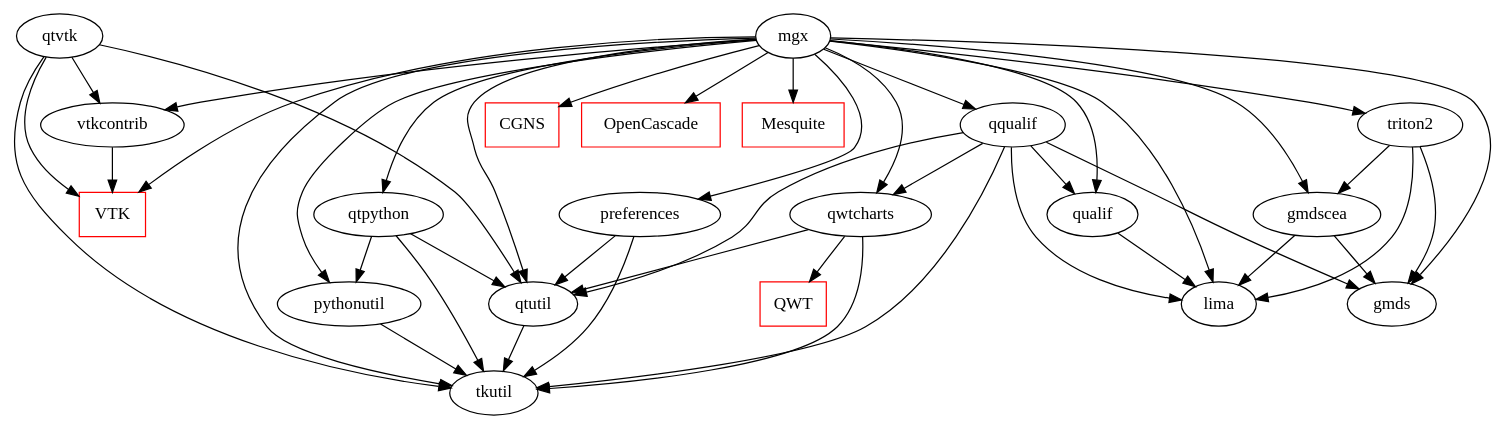
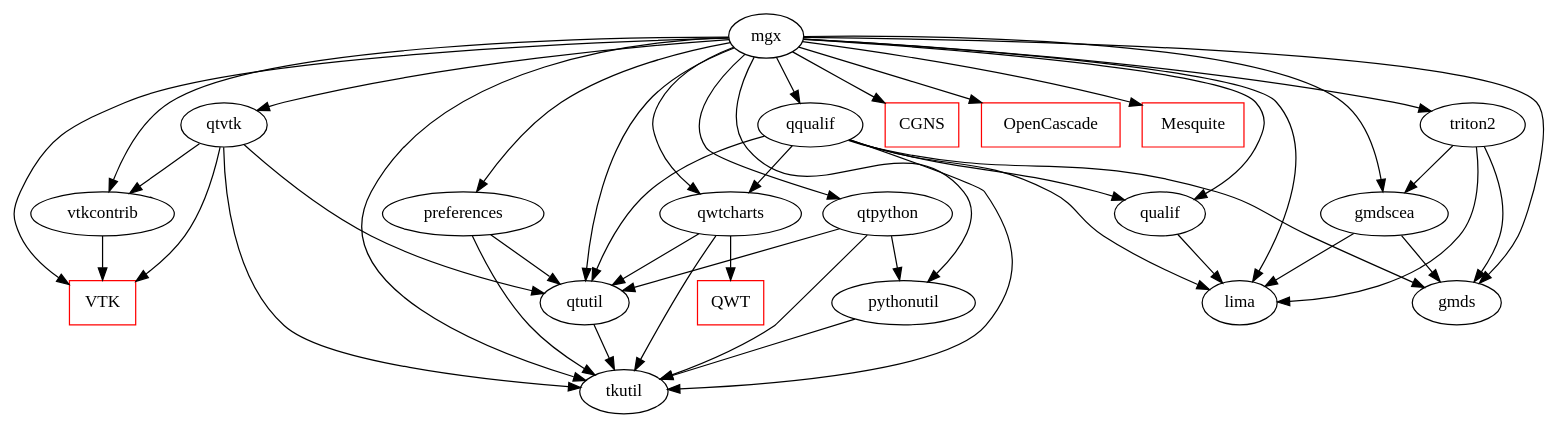
The diagram in cg-dependencies.dot (LIHPC-Computational-Geometry/lihpccg-ci), drawn with Graphviz before and after one commit. The commit also changed 1 other file, not shown here.

```diff
--- a/cg-dependencies.dot
+++ b/cg-dependencies.dot
@@ -1,53 +1,54 @@
 digraph LIHPCCGProjectDependencies {
 
   VTK [shape=record color=red];
   CGNS [shape=record color=red];
   OpenCascade [shape=record color=red];
   Mesquite [shape=record color=red];
   QWT [shape=record color=red];
 
   qtutil->tkutil
   pythonutil->tkutil
   preferences->tkutil
   preferences->qtutil
   qualif->lima
   qwtcharts->tkutil
   qwtcharts->qtutil
   qwtcharts->QWT
   gmdscea->gmds
   gmdscea->lima
   qtpython->tkutil
   qtpython->qtutil
   qtpython->pythonutil
   triton2->gmds
   triton2->gmdscea
   triton2->lima
   vtkcontrib->VTK
   qtvtk->VTK
   qtvtk->vtkcontrib
   qtvtk->qtutil
   qtvtk->tkutil
   qqualif->tkutil
   qqualif->lima
   qqualif->qualif
   qqualif->qwtcharts
   qqualif->qtutil
   qqualif->gmds
   mgx->vtkcontrib
   mgx->VTK
   mgx->tkutil
   mgx->preferences
   mgx->pythonutil
   mgx->OpenCascade
   mgx->qqualif
   mgx->gmds
   mgx->qualif
   mgx->lima
   mgx->gmdscea
   mgx->triton2
   mgx->qtutil
   mgx->qwtcharts
   mgx->qtpython
   mgx->CGNS
   mgx->Mesquite
+  mgx->qtvtk
 }
```
